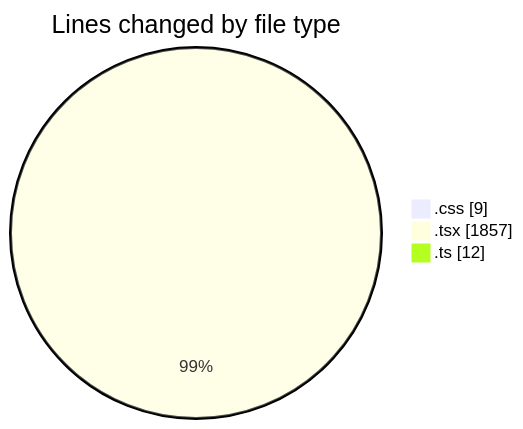
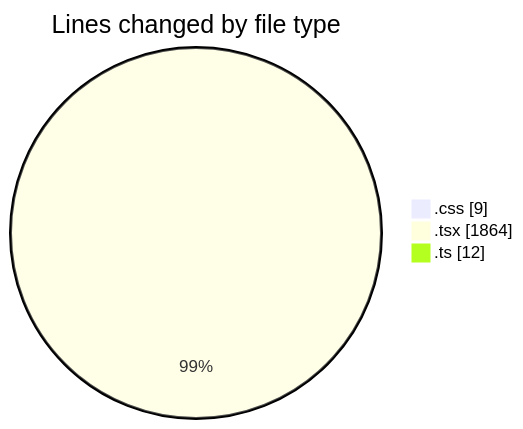
The first of 2 diagrams in 2025-02-28/audiobooks-web/README.md (robertbonfada/code-tracking), drawn with Mermaid before and after one commit. The commit also changed other lines of this file and 1 other file, not shown here.

````diff
--- a/2025-02-28/audiobooks-web/README.md
+++ b/2025-02-28/audiobooks-web/README.md
@@ -32,7 +32,7 @@
 ```mermaid
 pie showData
 title Lines changed by file type
 ".css" : 9
-".tsx" : 1857
+".tsx" : 1864
 ".ts" : 12
 ```
````
